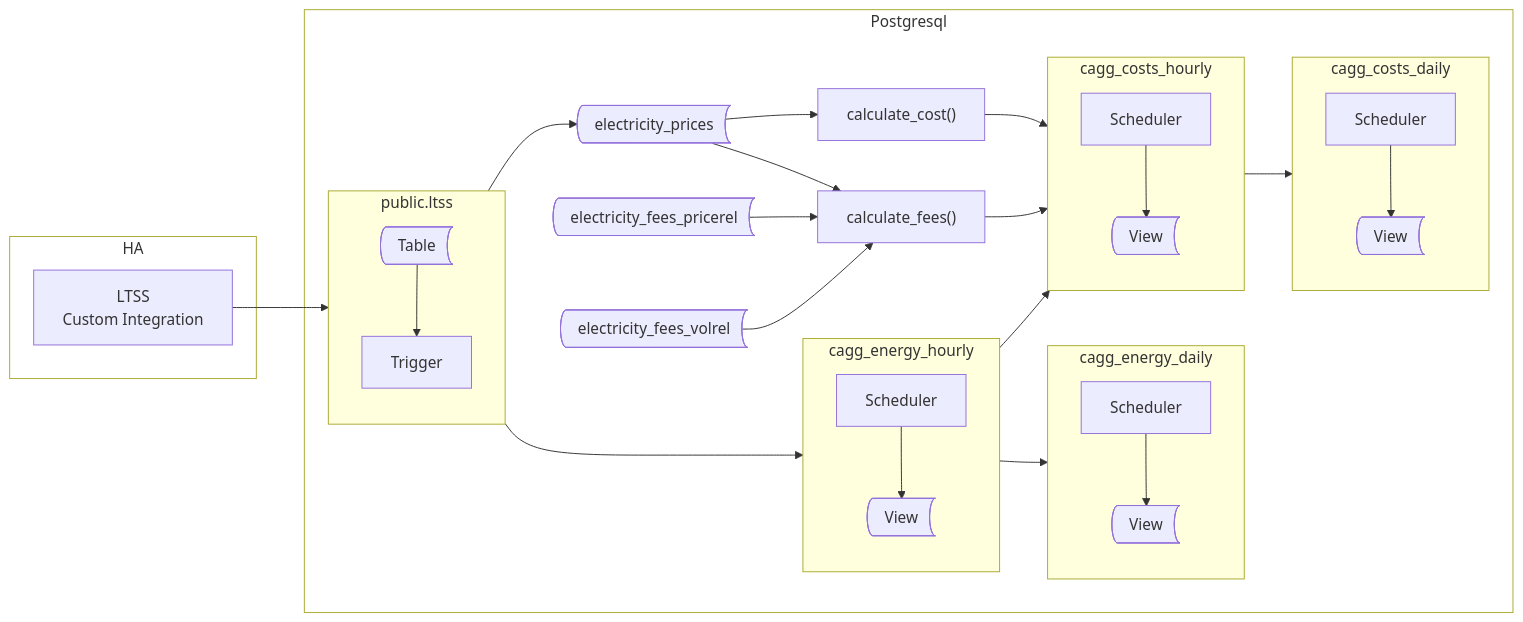
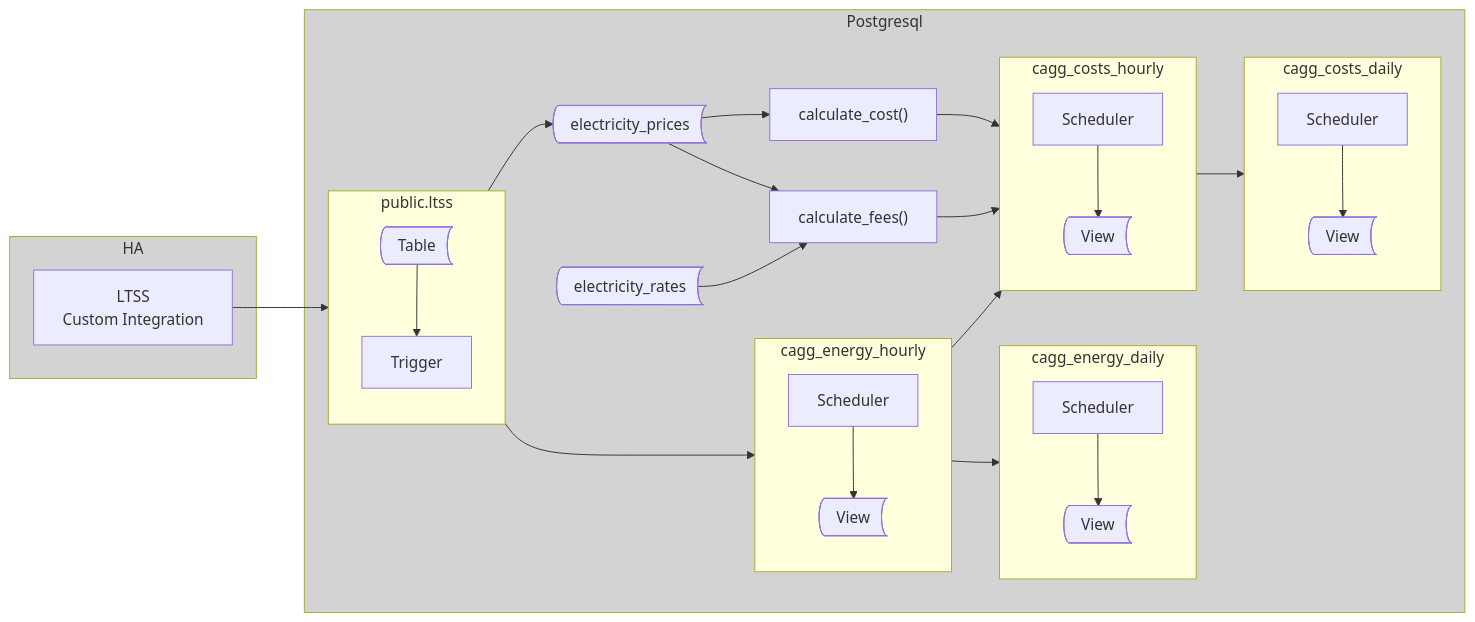
One commit to michalk-k/Home-Assistant-TimscaleDB changed the diagram in ha-energy-spot.md. Above: the diagram before and after it, drawn with Mermaid. The commit also changed other lines of this file, not shown here.

````diff
--- a/ha-energy-spot.md
+++ b/ha-energy-spot.md
@@ -17,71 +17,69 @@
 ```mermaid
 flowchart LR
 
     subgraph Postgresql
-        style Postgresql fill:transparent
-        style HA fill:transparent
+        style Postgresql fill:lightgray
+        style HA fill:lightgray
 
         t_prices@{ shape: bow-rect, label: "electricity_prices" }
-        t_feesp@{ shape: bow-rect, label: "electricity_fees_pricerel" }
-        t_feesv@{ shape: bow-rect, label: "electricity_fees_volrel" }
+        t_feesp@{ shape: bow-rect, label: "electricity_rates" }
 
         f_costs@{ shape: rect, label: "calculate_cost()" }
         f_fees@{ shape: rect, label: "calculate_fees()" }
 
         subgraph public.ltss
             direction TB
             t_ltss@{ shape: bow-rect, label: "Table" }
             tr_ltss@{ shape: rect, label: "Trigger" }
         end
 
         subgraph cagg_energy_hourly
             direction TB
             v_energy_h@{ shape: bow-rect, label: "View" }
             p_energy_h@{ shape: rect, label: "Scheduler" }
         end
 
         subgraph cagg_energy_daily
             direction TB
             v_energy_d@{ shape: bow-rect, label: "View" }
             p_energy_d@{ shape: rect, label: "Scheduler" }
         end
 
         subgraph cagg_costs_hourly
             direction TB
             v_costs_h@{ shape: bow-rect, label: "View" }
             p_costs_h@{ shape: rect, label: "Scheduler" }
         end
 
         subgraph cagg_costs_daily
             direction TB
             v_costs_d@{ shape: bow-rect, label: "View" }
             p_costs_d@{ shape: rect, label: "Scheduler" }
         end
 
     end
 
     subgraph HA
         
         p_ltss@{ shape: rect, label: "LTSS\nCustom Integration" }
     end
 
     v_energy_h-->p_energy_d
     t_ltss-->p_energy_h
     tr_ltss-->t_prices
     p_ltss-->t_ltss
     p_energy_h-->v_energy_h
     p_energy_d-->v_energy_d
     v_energy_h-->p_costs_h
     v_costs_h-->p_costs_d
     p_costs_h-->v_costs_h
     p_costs_d-->v_costs_d
     t_ltss-->tr_ltss
 
     f_costs-->p_costs_h
     f_fees-->p_costs_h
 
     t_prices-->f_costs
     t_prices-->f_fees
     t_feesp-->f_fees
-    t_feesv-->f_fees
 ```
````
